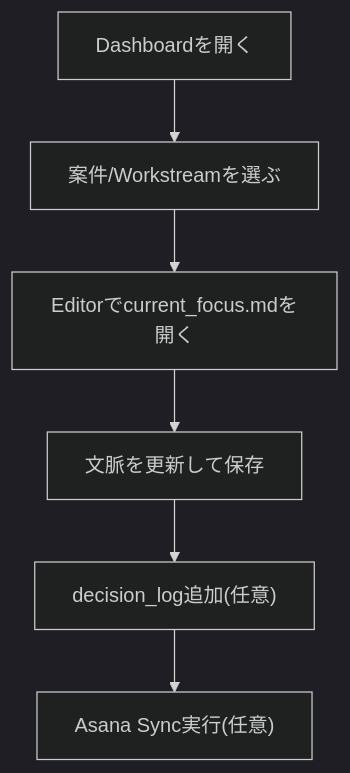
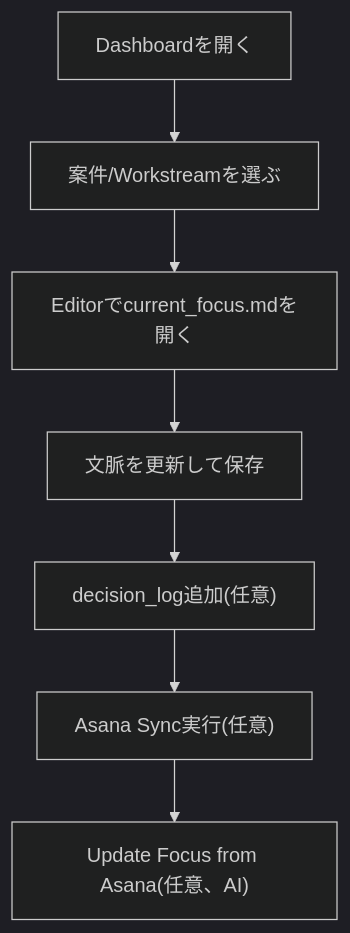
The third of 4 diagrams in README-ja.md (yt3trees/ProjectCurator), drawn with Mermaid (dark theme) before and after one commit. The commit also changed other lines of this file and 19 other files, not shown here.

Commit message:
feat: integrate AI focus update flow into editor and settings

````diff
--- a/README-ja.md
+++ b/README-ja.md
@@ -143,8 +160,9 @@
 ```mermaid
 flowchart TD
     A["Dashboardを開く"] --> B["案件/Workstreamを選ぶ"]
     B --> C["Editorでcurrent_focus.mdを開く"]
     C --> D["文脈を更新して保存"]
     D --> E["decision_log追加(任意)"]
     E --> F["Asana Sync実行(任意)"]
+    F --> G["Update Focus from Asana(任意、AI)"]
 ```
````
